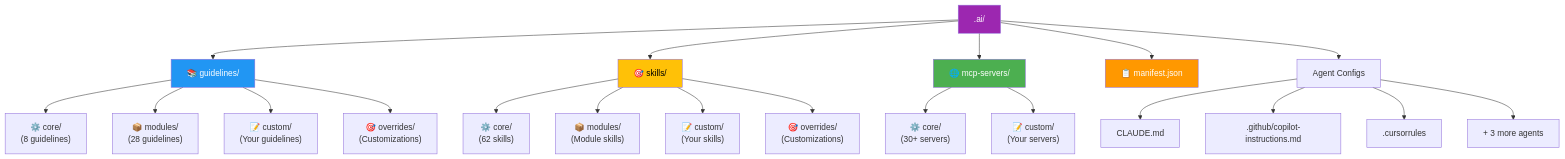
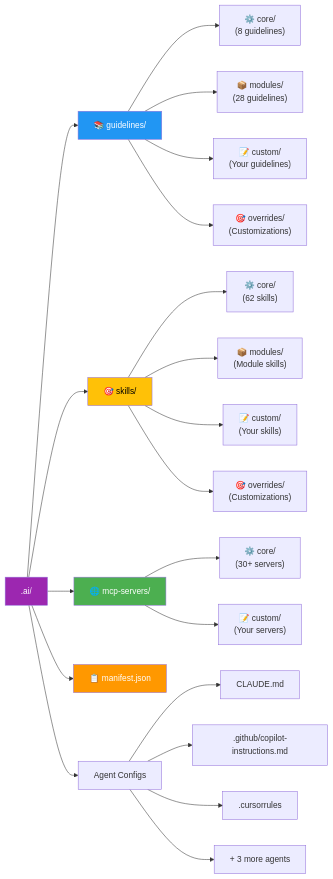
One commit to ortus-docs/coldbox-docs changed the third of 8 diagrams in digging-deeper/ai/agentic-coldbox.md. Above: the diagram before and after it, drawn with Mermaid. The commit also changed other lines of this file and 1 other file, not shown here.

````diff
--- a/digging-deeper/ai/agentic-coldbox.md
+++ b/digging-deeper/ai/agentic-coldbox.md
@@ -165,34 +167,34 @@
 ```mermaid
-graph TD
+graph LR
     Root[".ai/"]
     
     Root --> Guidelines["📚 guidelines/"]
     Root --> Skills["🎯 skills/"]
     Root --> MCP["🌐 mcp-servers/"]
     Root --> Manifest["📋 manifest.json"]
     
     Guidelines --> GCore["⚙️ core/<br/>(8 guidelines)"]    
     Guidelines --> GModules["📦 modules/<br/>(28 guidelines)"]
     Guidelines --> GCustom["📝 custom/<br/>(Your guidelines)"]
     Guidelines --> GOverride["🎯 overrides/<br/>(Customizations)"]
     
     Skills --> SCore["⚙️ core/<br/>(62 skills)"]
     Skills --> SModules["📦 modules/<br/>(Module skills)"]
     Skills --> SCustom["📝 custom/<br/>(Your skills)"]
     Skills --> SOverride["🎯 overrides/<br/>(Customizations)"]
     
     MCP --> MCPCore["⚙️ core/<br/>(30+ servers)"]
     MCP --> MCPCustom["📝 custom/<br/>(Your servers)"]
     
     Root --> Agents["Agent Configs"]
     Agents --> Claude["CLAUDE.md"]
     Agents --> Copilot[".github/copilot-instructions.md"]
     Agents --> Cursor[".cursorrules"]
     Agents --> Other["+ 3 more agents"]
     
     style Root fill:#9c27b0,color:#fff
     style Guidelines fill:#2196f3,color:#fff
     style Skills fill:#ffc107,color:#000
     style MCP fill:#4caf50,color:#fff
     style Manifest fill:#ff9800,color:#fff
 ```
````
